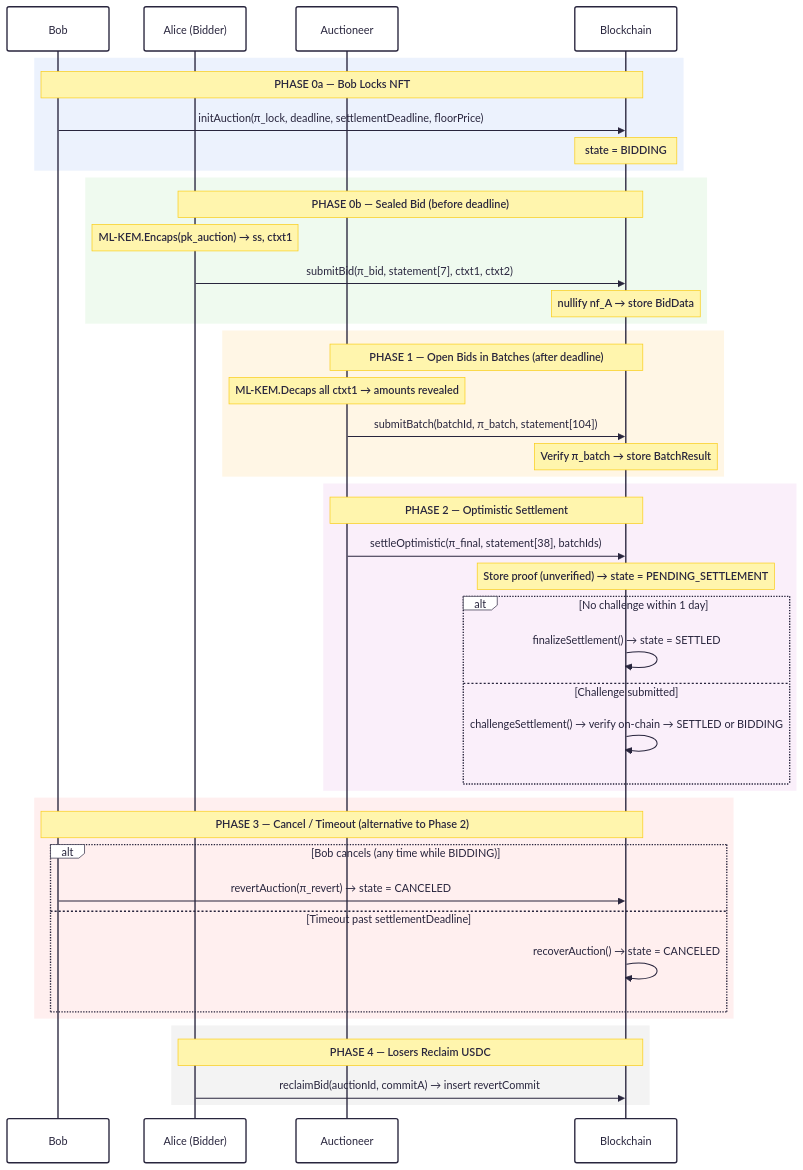
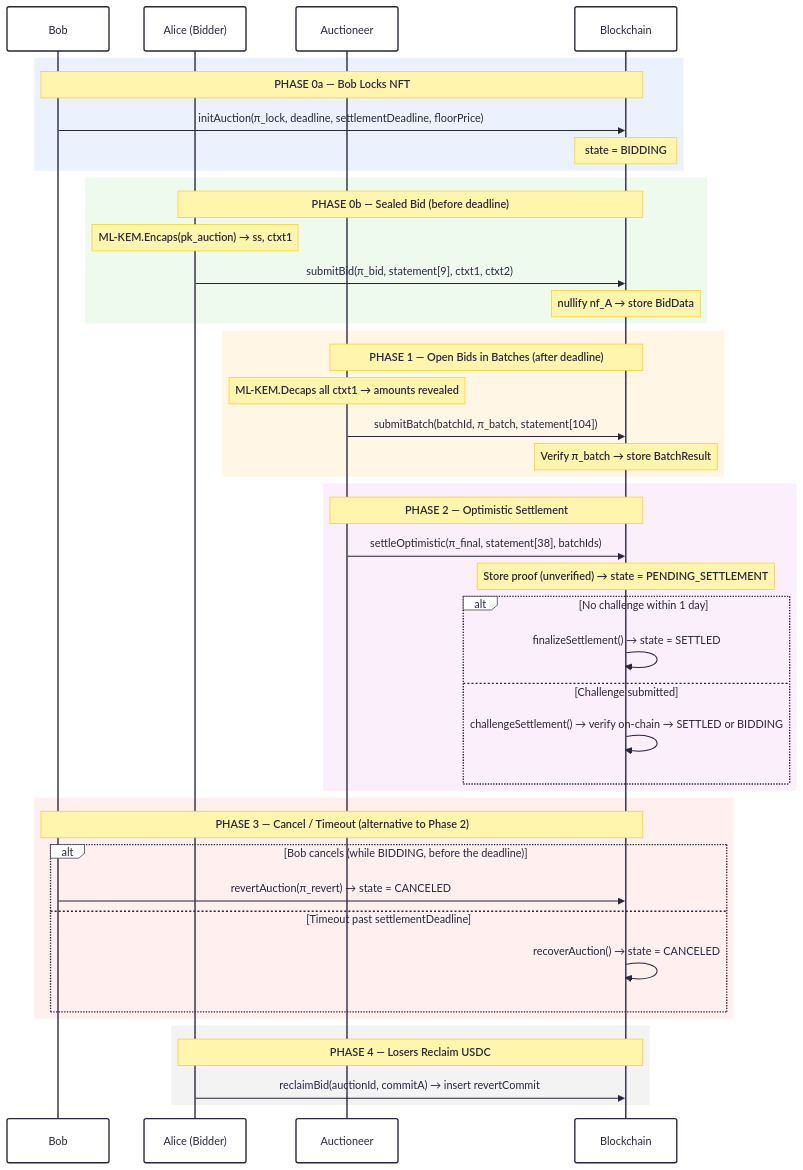
One commit to raylsnetwork/Enygma changed the tenth of 10 diagrams in enygma_dvp_auctions/docs/protocol_description.md. Above: the diagram before and after it, drawn with Mermaid. The commit also changed other lines of this file and 33 other files, not shown here.

````diff
--- a/enygma_dvp_auctions/docs/protocol_description.md
+++ b/enygma_dvp_auctions/docs/protocol_description.md
@@ -640,58 +640,58 @@
 ```mermaid
 ---
 config:
   theme: redux
   look: handDrawn
 ---
 sequenceDiagram
     participant Bob
     participant Alice as Alice (Bidder)
     participant Auctioneer
     participant Chain as Blockchain
 
     rect rgba(100,149,237,0.12)
         note over Bob,Chain: PHASE 0a — Bob Locks NFT
         Bob->>Chain: initAuction(π_lock, deadline, settlementDeadline, floorPrice)
         note over Chain: state = BIDDING
     end
 
     rect rgba(100,200,100,0.10)
         note over Alice,Chain: PHASE 0b — Sealed Bid (before deadline)
         note over Alice: ML-KEM.Encaps(pk_auction) → ss, ctxt1
-        Alice->>Chain: submitBid(π_bid, statement[7], ctxt1, ctxt2)
+        Alice->>Chain: submitBid(π_bid, statement[9], ctxt1, ctxt2)
         note over Chain: nullify nf_A → store BidData
     end
 
     rect rgba(255,165,0,0.10)
         note over Auctioneer,Chain: PHASE 1 — Open Bids in Batches (after deadline)
         note over Auctioneer: ML-KEM.Decaps all ctxt1 → amounts revealed
         Auctioneer->>Chain: submitBatch(batchId, π_batch, statement[104])
         note over Chain: Verify π_batch → store BatchResult
     end
 
     rect rgba(200,100,200,0.10)
         note over Auctioneer,Chain: PHASE 2 — Optimistic Settlement
         Auctioneer->>Chain: settleOptimistic(π_final, statement[38], batchIds)
         note over Chain: Store proof (unverified) → state = PENDING_SETTLEMENT
 
         alt No challenge within 1 day
             Chain->>Chain: finalizeSettlement() → state = SETTLED
         else Challenge submitted
             Chain->>Chain: challengeSettlement() → verify on-chain → SETTLED or BIDDING
         end
     end
 
     rect rgba(255,50,50,0.08)
         note over Bob,Chain: PHASE 3 — Cancel / Timeout (alternative to Phase 2)
-        alt Bob cancels (any time while BIDDING)
+        alt Bob cancels (while BIDDING, before the deadline)
             Bob->>Chain: revertAuction(π_revert) → state = CANCELED
         else Timeout past settlementDeadline
             Chain->>Chain: recoverAuction() → state = CANCELED
         end
     end
 
     rect rgba(100,100,100,0.08)
         note over Alice,Chain: PHASE 4 — Losers Reclaim USDC
         Alice->>Chain: reclaimBid(auctionId, commitA) → insert revertCommit
     end
 ```
````
